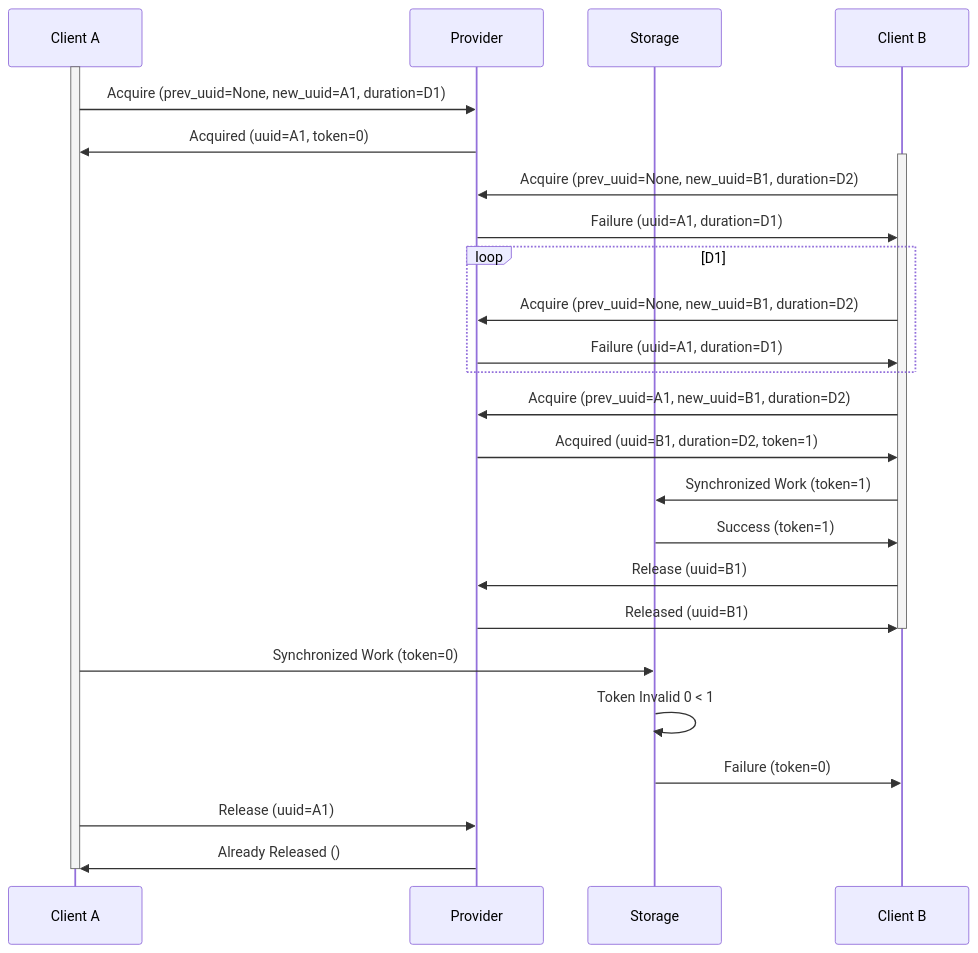
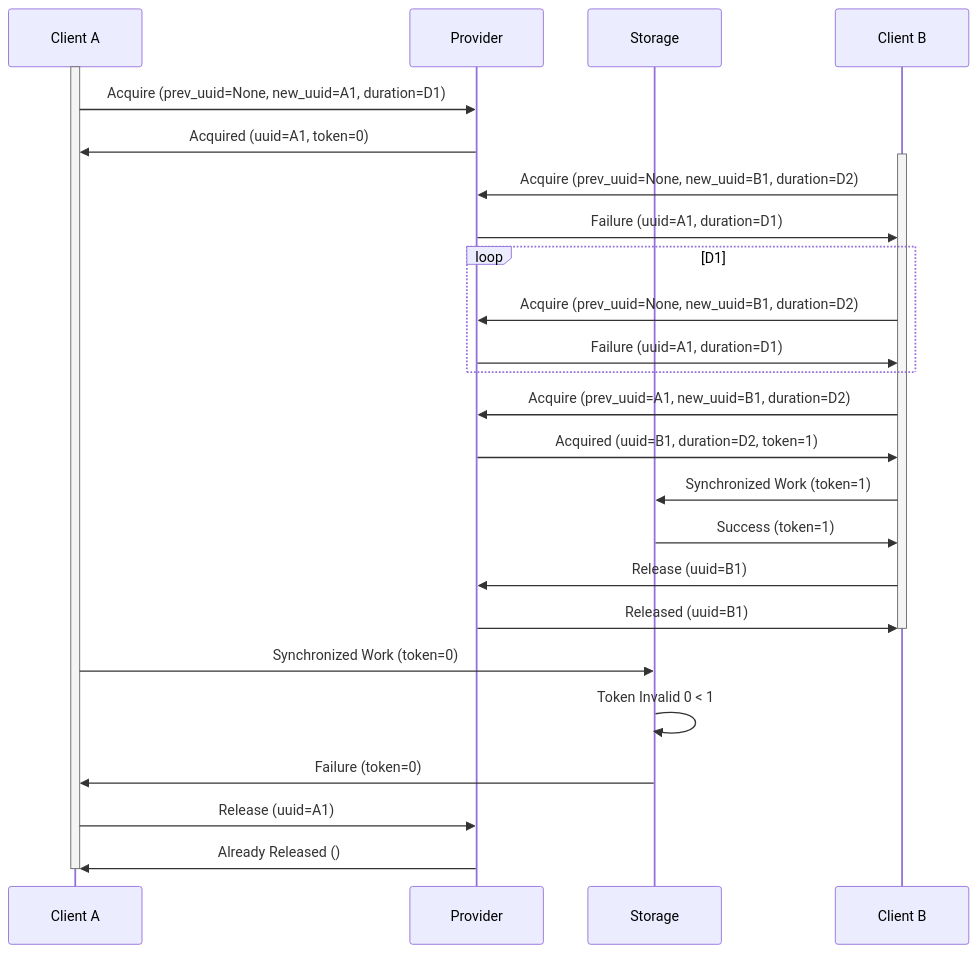
One commit to kodebooth/dlock changed the third of 3 diagrams in README.md. Above: the diagram before and after it, drawn with Mermaid. The commit also changed other lines of this file, not shown here.

Commit message:
Correct sequence diagrams
Correct a few small mistakes in the algorithm sequence diagram

````diff
--- a/README.md
+++ b/README.md
@@ -96,43 +96,43 @@
 ```mermaid
 sequenceDiagram
     participant A as Client A
     participant P as Provider
     participant S as Storage
     participant B as Client B
 
     activate A
 
     A ->> P: Acquire (prev_uuid=None, new_uuid=A1, duration=D1)
     P ->> A: Acquired (uuid=A1, token=0)
 
     activate B
 
     B ->> P: Acquire (prev_uuid=None, new_uuid=B1, duration=D2)
     P ->> B: Failure (uuid=A1, duration=D1)
 
     loop D1
         B ->> P: Acquire (prev_uuid=None, new_uuid=B1, duration=D2)
         P ->> B: Failure (uuid=A1, duration=D1)
     end
 
     B ->> P: Acquire (prev_uuid=A1, new_uuid=B1, duration=D2)
     P ->> B: Acquired (uuid=B1, duration=D2, token=1)
 
     B ->> S: Synchronized Work (token=1)
     S ->> B: Success (token=1)
 
     B ->> P: Release (uuid=B1)
     P ->> B: Released (uuid=B1)
 
     deactivate B
 
     A ->> S: Synchronized Work (token=0)
     S ->> S: Token Invalid 0 < 1
-    S ->> B: Failure (token=0)
+    S ->> A: Failure (token=0)
 
     A ->> P: Release (uuid=A1)
     P ->> A: Already Released ()
 
     deactivate A
 
 ```
````
